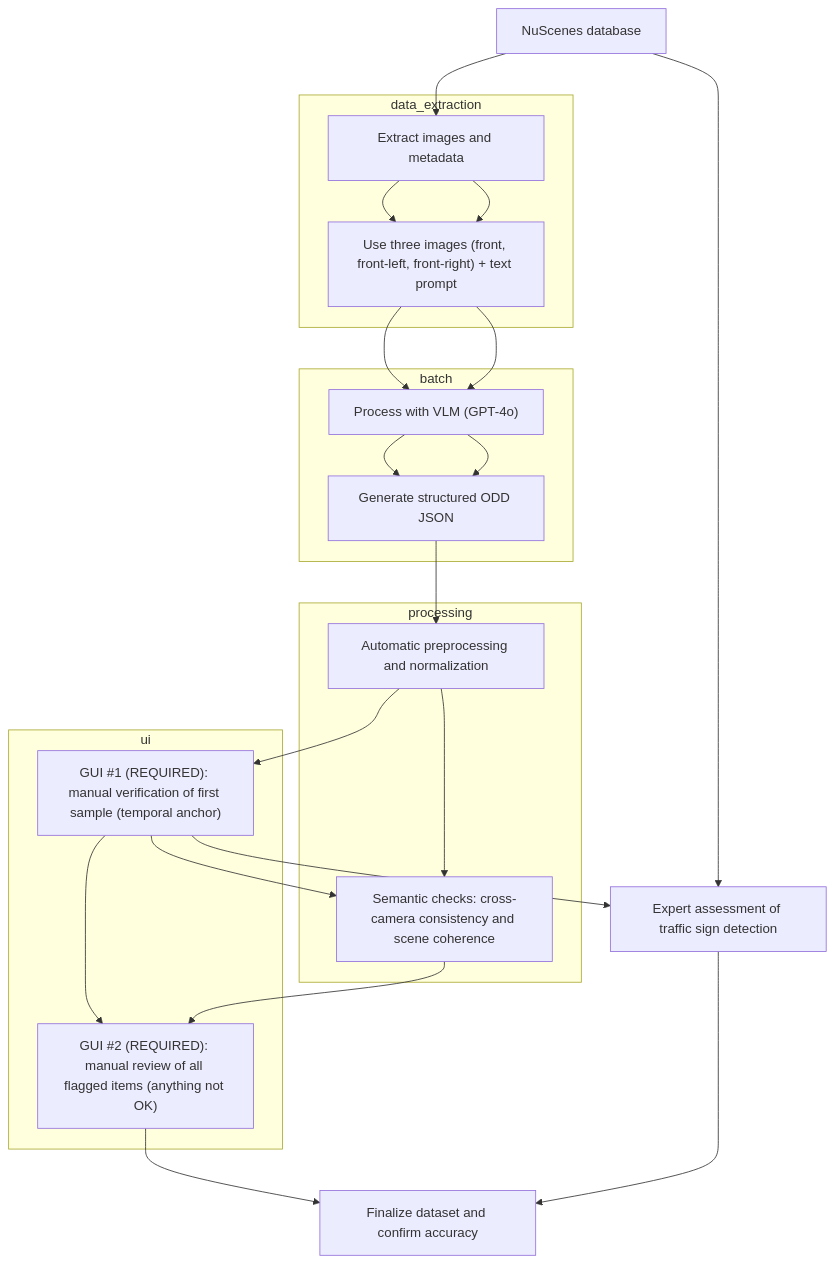
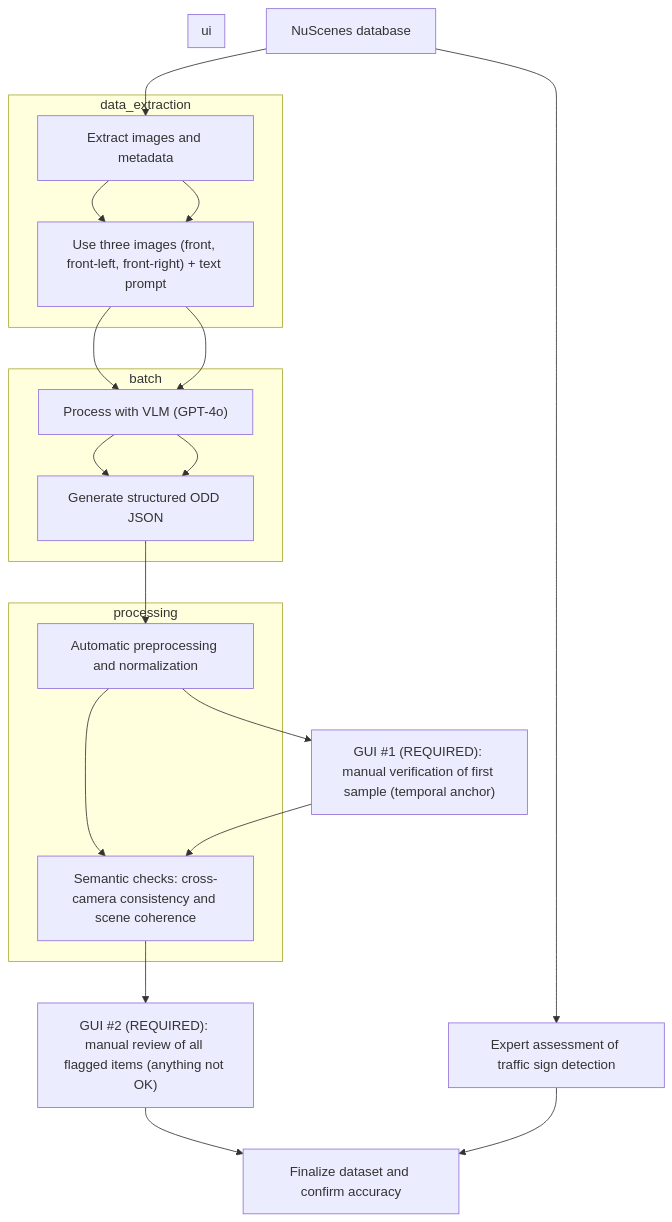
One commit to mchouai27/vlm-odd-pipeline changed the diagram in README.md. Above: the diagram before and after it, drawn with Mermaid.

````diff
--- a/README.md
+++ b/README.md
@@ -11,37 +11,36 @@
 ```mermaid
 flowchart TB
   NUSC[NuScenes database]
   EXTRACT["Extract images and metadata"]
   THREE["Use three images (front, front-left, front-right) + text prompt"]
   VLM["Process with VLM (GPT-4o)"]
   ODD["Generate structured ODD JSON"]
   PREP["Automatic preprocessing and normalization"]
   GUI1["GUI #1 (REQUIRED): manual verification of first sample (temporal anchor)"]
   SEM["Semantic checks: cross-camera consistency and scene coherence"]
   GUI2["GUI #2 (REQUIRED): manual review of all flagged items (anything not OK)"]
   FINAL["Finalize dataset and confirm accuracy"]
   EXPERT["Expert assessment of traffic sign detection"]
 
   subgraph "data_extraction"
     EXTRACT --> THREE
   end
 
   subgraph "batch"
     THREE --> VLM --> ODD
   end
 
   subgraph "processing"
     PREP --> SEM
   end
 
   subgraph "ui"
-    GUI1 --> GUI2
   end
 
   %% Main pipeline flow (corrected order)
   NUSC --> EXTRACT --> THREE --> VLM --> ODD --> PREP --> GUI1 --> SEM --> GUI2 --> FINAL
 
   %% Additional connections
-  GUI1 --> EXPERT --> FINAL
+  EXPERT --> FINAL
   NUSC --> EXPERT
 ```
````
